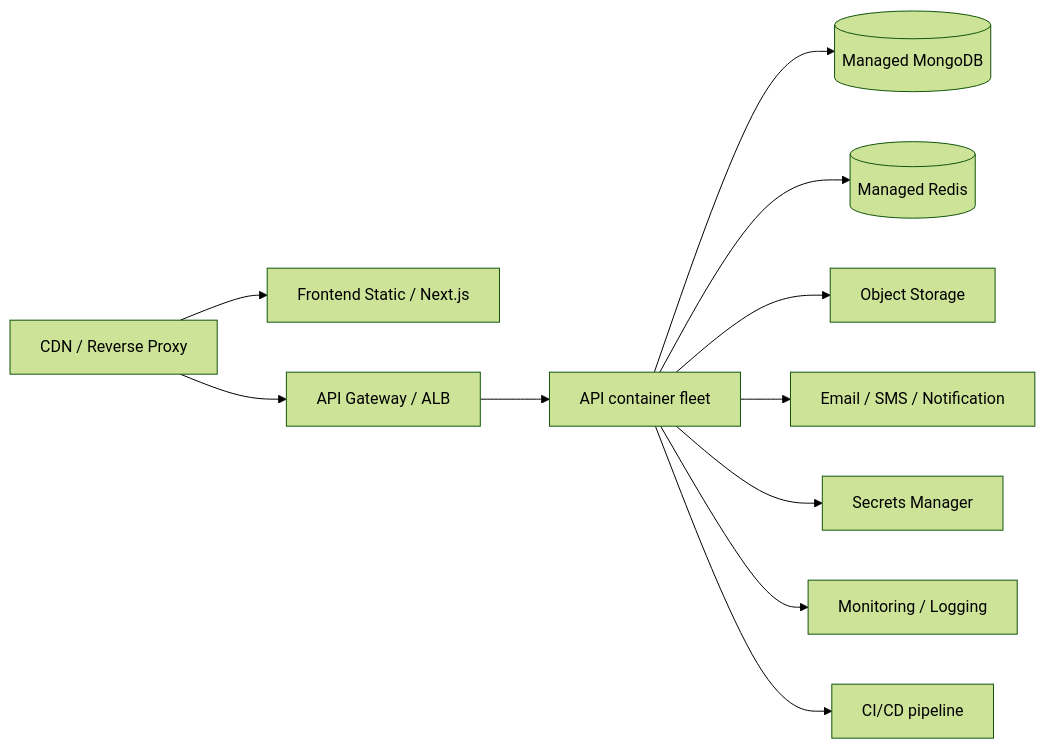
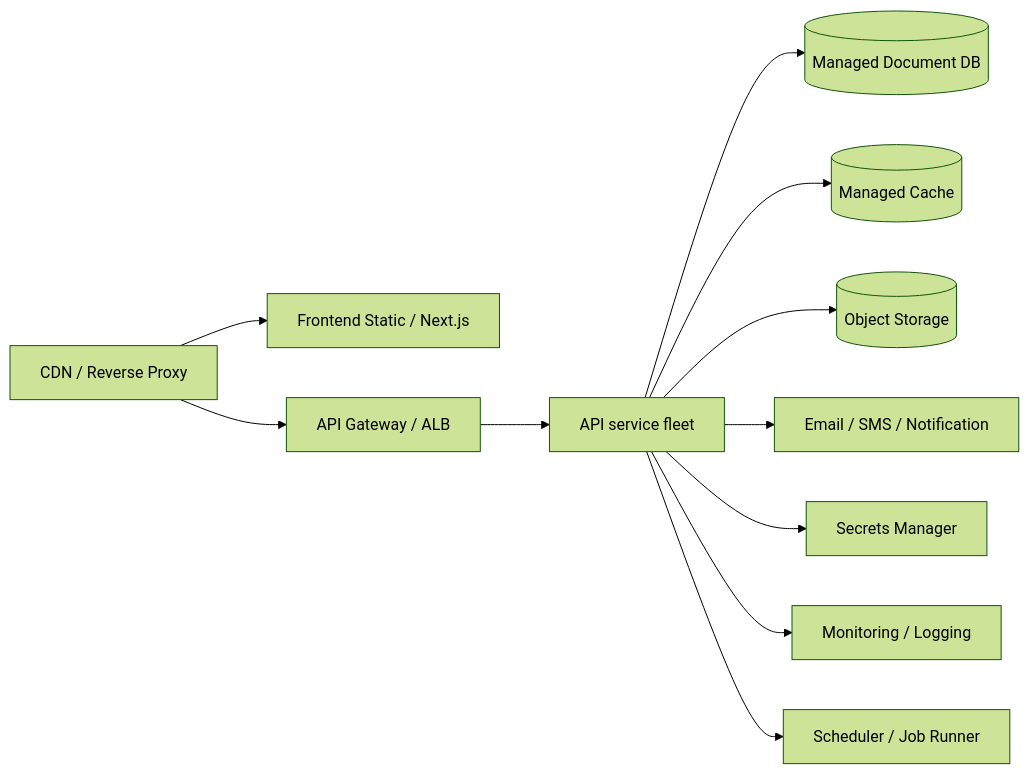
One commit to duthe157/ssstudy_dnt changed the first of 2 diagrams in ssstudy-docs/docs/03-infrastructure/SSSTUDY-INFRASTRUCTURE-AS-IS-AND-TARGET.md. Above: the diagram before and after it, drawn with Mermaid (forest theme). The commit also changed other lines of this file and 18 other files, not shown here.

````diff
--- a/ssstudy-docs/docs/03-infrastructure/SSSTUDY-INFRASTRUCTURE-AS-IS-AND-TARGET.md
+++ b/ssstudy-docs/docs/03-infrastructure/SSSTUDY-INFRASTRUCTURE-AS-IS-AND-TARGET.md
@@ -73,13 +9,13 @@
 ```mermaid
 flowchart LR
-  A[CDN / Reverse Proxy] --> B[Frontend Static / Next.js]
-  A --> C[API Gateway / ALB]
-  C --> D[API container fleet]
-  D --> E[(Managed MongoDB)]
-  D --> F[(Managed Redis)]
-  D --> G[Object Storage]
-  D --> H[Email / SMS / Notification]
-  D --> I[Secrets Manager]
-  D --> J[Monitoring / Logging]
-  D --> K[CI/CD pipeline]
+   CDN[CDN / Reverse Proxy] --> Frontend[Frontend Static / Next.js]
+   CDN --> APIGW[API Gateway / ALB]
+   APIGW --> App[API service fleet]
+   App --> Mongo[(Managed Document DB)]
+   App --> Cache[(Managed Cache)]
+   App --> ObjectStorage[(Object Storage)]
+   App --> EmailSvc[Email / SMS / Notification]
+   App --> Secrets[Secrets Manager]
+   App --> Observability[Monitoring / Logging]
+   App --> Jobs[Scheduler / Job Runner]
 ```
````
